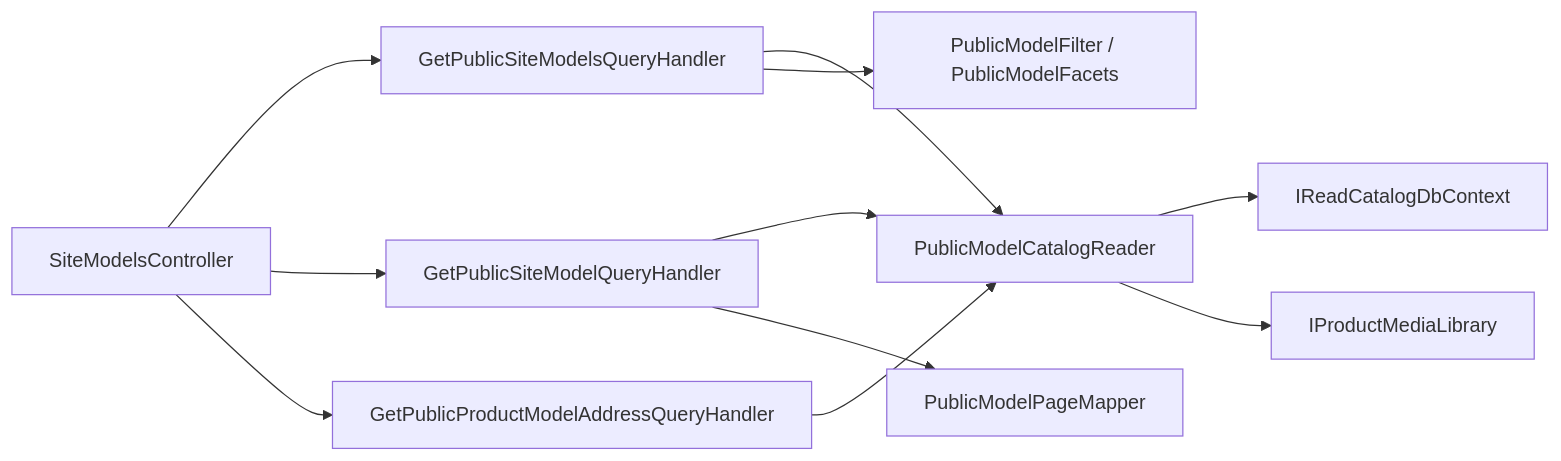
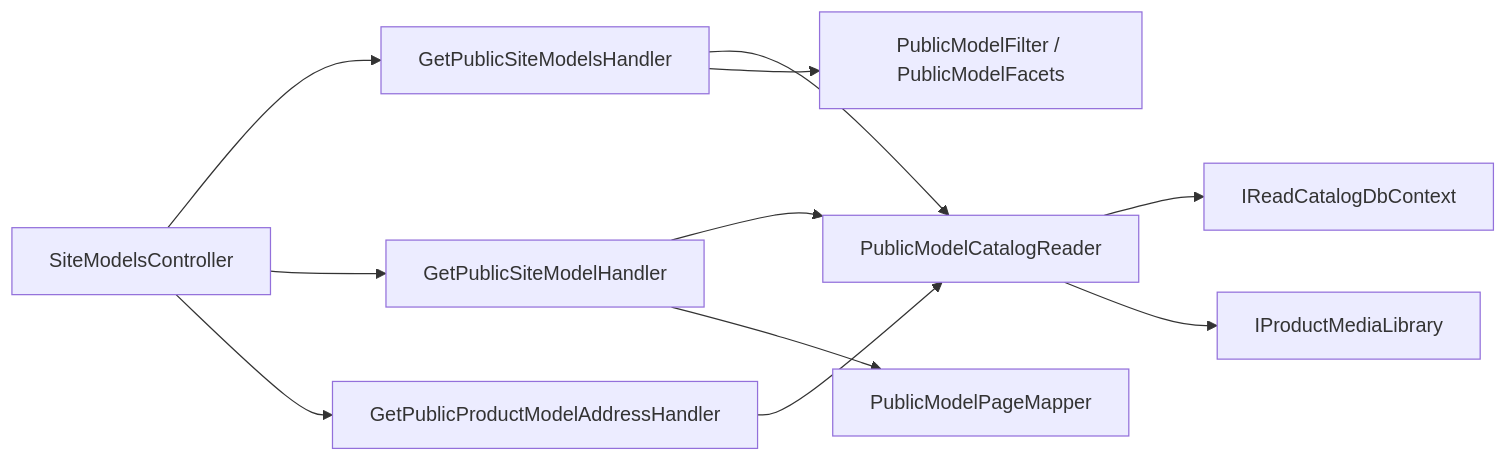
The diagram in docs/sdd/features/catalog/public-site-models.md (Weretik/KedrStore), drawn with Mermaid before and after one commit. The commit also changed other lines of this file and 963 other files, not shown here.

````diff
--- a/docs/sdd/features/catalog/public-site-models.md
+++ b/docs/sdd/features/catalog/public-site-models.md
@@ -32,13 +32,13 @@
 ```mermaid
 flowchart LR
-    A["SiteModelsController"] --> B["GetPublicSiteModelsQueryHandler"]
-    A --> C["GetPublicSiteModelQueryHandler"]
-    A --> D["GetPublicProductModelAddressQueryHandler"]
+    A["SiteModelsController"] --> B["GetPublicSiteModelsHandler"]
+    A --> C["GetPublicSiteModelHandler"]
+    A --> D["GetPublicProductModelAddressHandler"]
     B --> E["PublicModelCatalogReader"]
     C --> E
     D --> E
     B --> F["PublicModelFilter / PublicModelFacets"]
     C --> G["PublicModelPageMapper"]
     E --> H["IReadCatalogDbContext"]
     E --> I["IProductMediaLibrary"]
 ```
````
